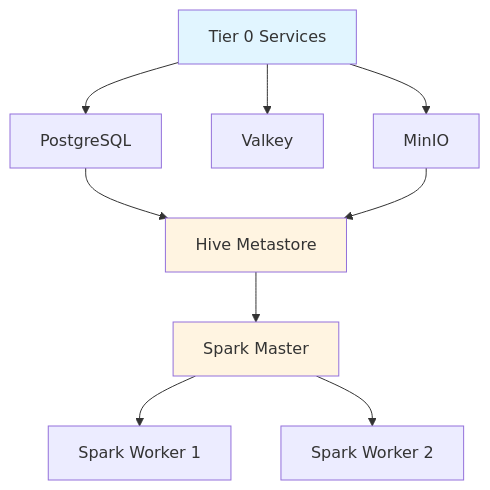
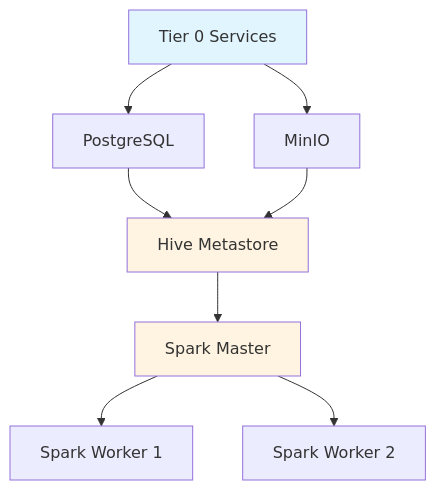
Before and after one commit to P-Bao/FlumenData: the fourth of 4 diagrams in docs/getting-started/architecture.md, drawn with Mermaid. The commit also changed other lines of this file and 24 other files, not shown here.

````diff
--- a/docs/getting-started/architecture.md
+++ b/docs/getting-started/architecture.md
@@ -249,17 +238,16 @@
 ```mermaid
 graph TD
     T0[Tier 0 Services] --> POSTGRES[PostgreSQL]
-    T0 --> VALKEY[Valkey]
     T0 --> MINIO[MinIO]
 
     POSTGRES --> HIVE[Hive Metastore]
     MINIO --> HIVE
 
     HIVE --> SPARK_MASTER[Spark Master]
     SPARK_MASTER --> SPARK_W1[Spark Worker 1]
     SPARK_MASTER --> SPARK_W2[Spark Worker 2]
 
     style T0 fill:#e1f5ff
     style HIVE fill:#fff4e1
     style SPARK_MASTER fill:#fff4e1
 ```
````
